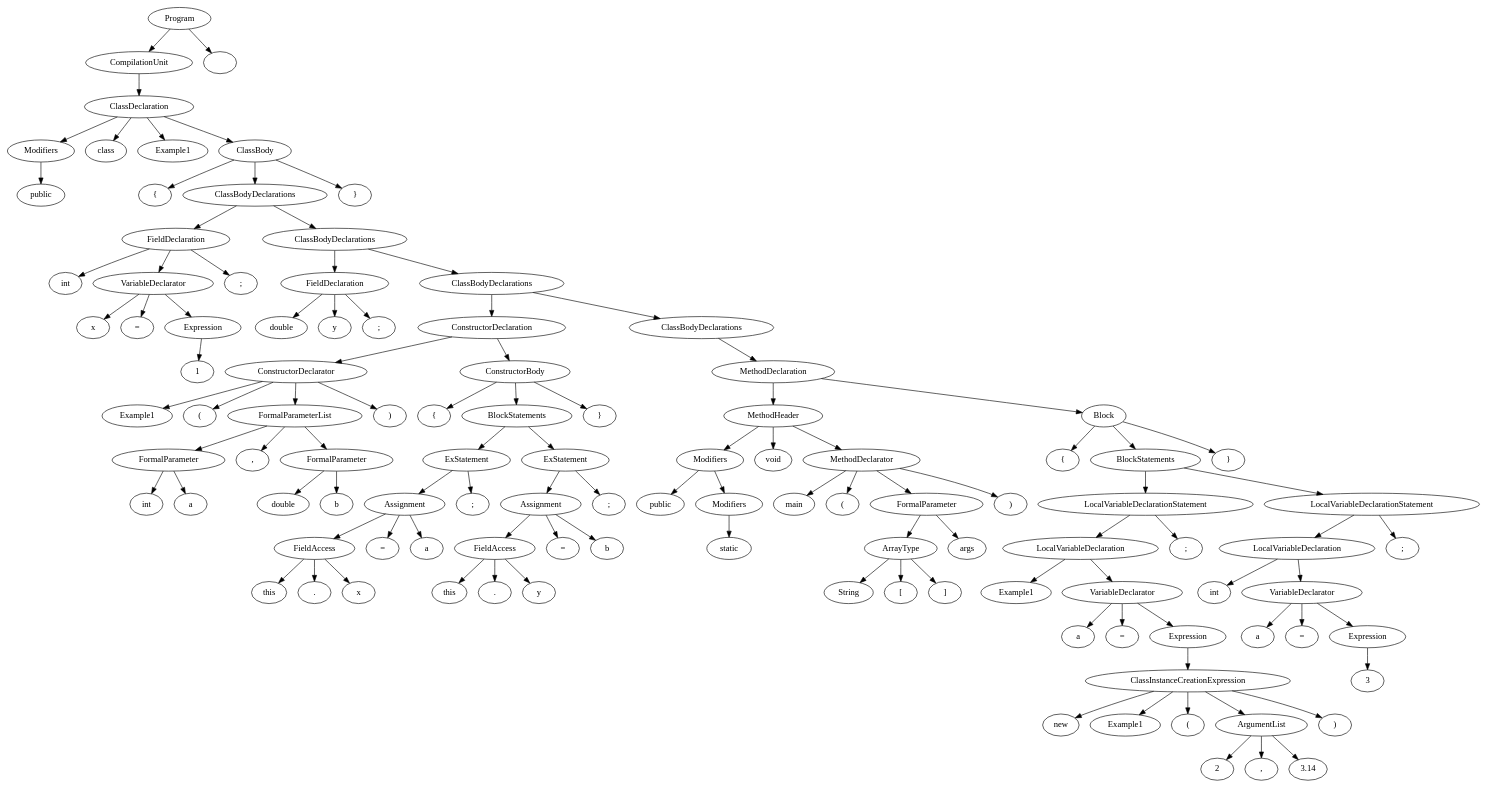
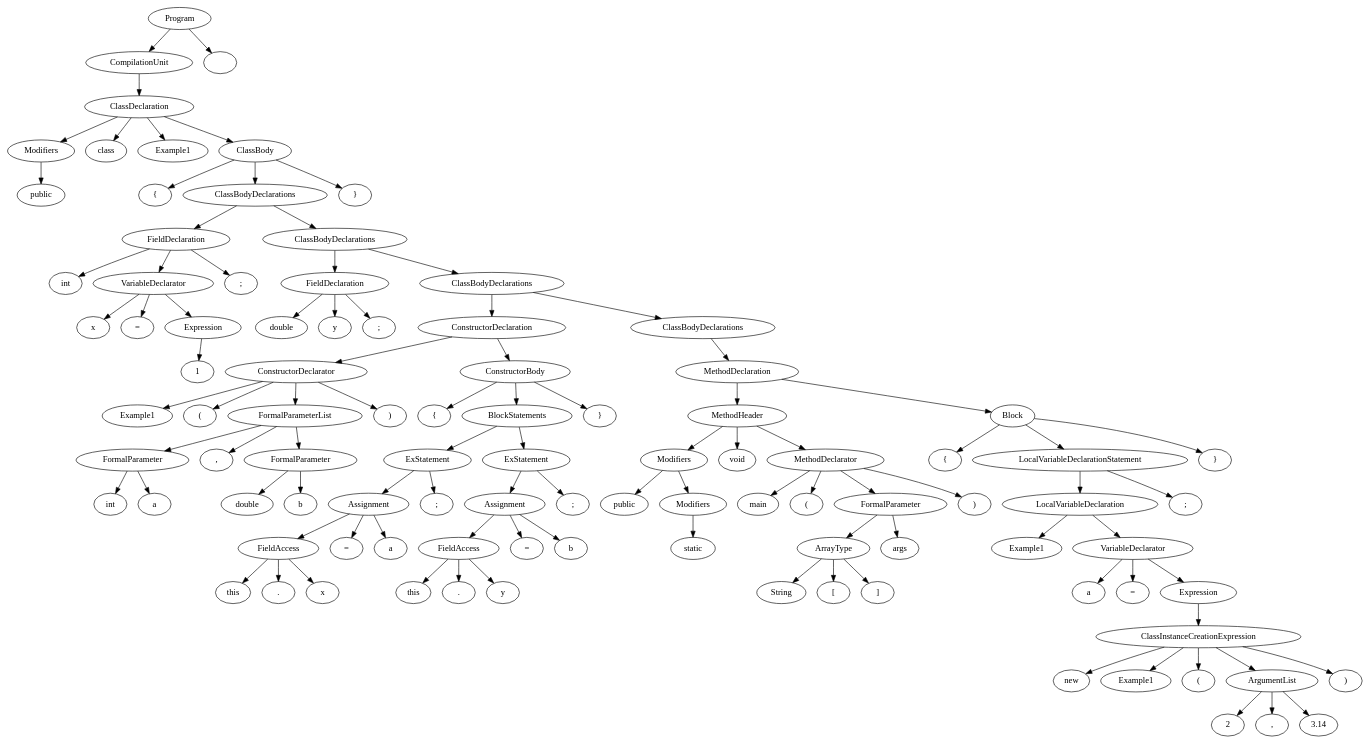
Before and after one commit to sandeepb20/Milestone: the diagram in cs335_project_200530/src/out.dot, drawn with Graphviz. The commit also changed 3 other files, not shown here.

```diff
--- a/cs335_project_200530/src/out.dot
+++ b/cs335_project_200530/src/out.dot
@@ -161,59 +161,39 @@
 n86 [label="LocalVariableDeclarationStatement"]
 n86->n85;
 n86->n84;
-n87 [label="int"]
-n88 [label="a"]
-n89 [label="="]
-n90 [label="3"]
-n91 [label="Expression"]
+n87 [label="}"]
+n88 [label="Block"]
+n88->n87;
+n88->n86;
+n88->n69;
+n89 [label="MethodDeclaration"]
+n89->n88;
+n89->n68;
+n90 [label="ClassBodyDeclarations"]
+n90->n89;
+n91 [label="ClassBodyDeclarations"]
 n91->n90;
-n92 [label="VariableDeclarator"]
+n91->n52;
+n92 [label="ClassBodyDeclarations"]
 n92->n91;
-n92->n89;
-n92->n88;
-n93 [label="LocalVariableDeclaration"]
+n92->n17;
+n93 [label="ClassBodyDeclarations"]
 n93->n92;
-n93->n87;
-n94 [label=";"]
-n95 [label="LocalVariableDeclarationStatement"]
+n93->n13;
+n94 [label="}"]
+n95 [label="ClassBody"]
 n95->n94;
 n95->n93;
-n96 [label="BlockStatements"]
+n95->n5;
+n96 [label="ClassDeclaration"]
 n96->n95;
-n96->n86;
-n97 [label="}"]
-n98 [label="Block"]
+n96->n4;
+n96->n3;
+n96->n2;
+n97 [label="CompilationUnit"]
+n97->n96;
+n98 [label="Program"]
+n98->n99;
 n98->n97;
-n98->n96;
-n98->n69;
-n99 [label="MethodDeclaration"]
-n99->n98;
-n99->n68;
-n100 [label="ClassBodyDeclarations"]
-n100->n99;
-n101 [label="ClassBodyDeclarations"]
-n101->n100;
-n101->n52;
-n102 [label="ClassBodyDeclarations"]
-n102->n101;
-n102->n17;
-n103 [label="ClassBodyDeclarations"]
-n103->n102;
-n103->n13;
-n104 [label="}"]
-n105 [label="ClassBody"]
-n105->n104;
-n105->n103;
-n105->n5;
-n106 [label="ClassDeclaration"]
-n106->n105;
-n106->n4;
-n106->n3;
-n106->n2;
-n107 [label="CompilationUnit"]
-n107->n106;
-n108 [label="Program"]
-n108->n109;
-n108->n107;
-n109 [label=""]
+n99 [label=""]
 }
```
